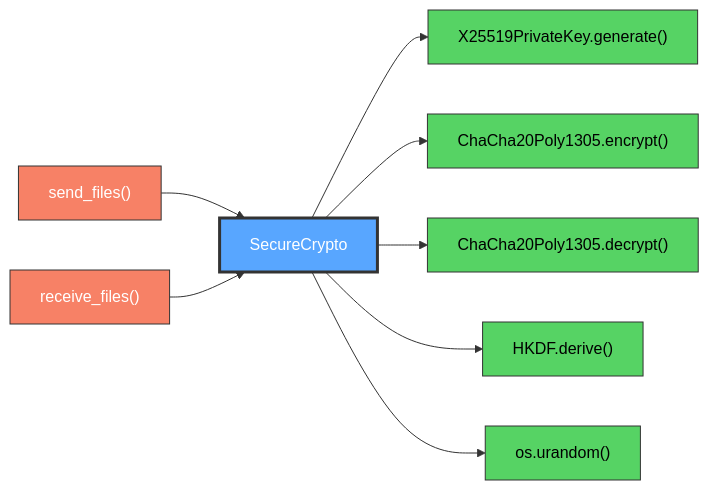
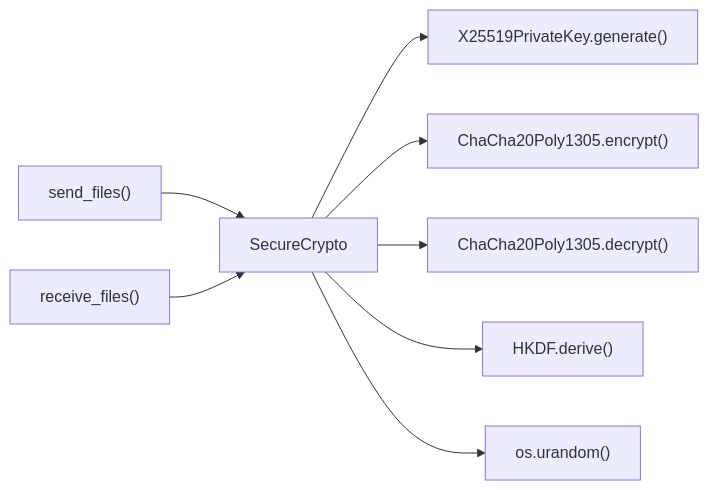
One commit to proudsunburn/ftransfer changed the diagram in docs/securecrypto.md. Above: the diagram before and after it, drawn with Mermaid. The commit also changed 23 other files, not shown here.

Commit message:
MINOR: Remove colors from mermaid for easy light/dark mode switching

````diff
--- a/docs/securecrypto.md
+++ b/docs/securecrypto.md
@@ -11,23 +11,19 @@
 ```mermaid
 graph LR
-    send_files["send_files()"]:::red
-    receive_files["receive_files()"]:::red
-    securecrypto["SecureCrypto"]:::highlight
-    x25519_generate["X25519PrivateKey.generate()"]:::green
-    chacha20_encrypt["ChaCha20Poly1305.encrypt()"]:::green
-    chacha20_decrypt["ChaCha20Poly1305.decrypt()"]:::green
-    hkdf_derive["HKDF.derive()"]:::green
-    os_urandom["os.urandom()"]:::green
+    send_files["send_files()"]
+    receive_files["receive_files()"]
+    securecrypto["SecureCrypto"]
+    x25519_generate["X25519PrivateKey.generate()"]
+    chacha20_encrypt["ChaCha20Poly1305.encrypt()"]
+    chacha20_decrypt["ChaCha20Poly1305.decrypt()"]
+    hkdf_derive["HKDF.derive()"]
+    os_urandom["os.urandom()"]
 
     send_files --> securecrypto
     receive_files --> securecrypto
     securecrypto --> x25519_generate
     securecrypto --> chacha20_encrypt
     securecrypto --> chacha20_decrypt
     securecrypto --> hkdf_derive
     securecrypto --> os_urandom
-
-    classDef red fill:#f78166,stroke:#333,color:#fff
-    classDef highlight fill:#58a6ff,stroke:#333,color:#fff,stroke-width:3px
-    classDef green fill:#56d364,stroke:#333,color:#000
 ```
````
